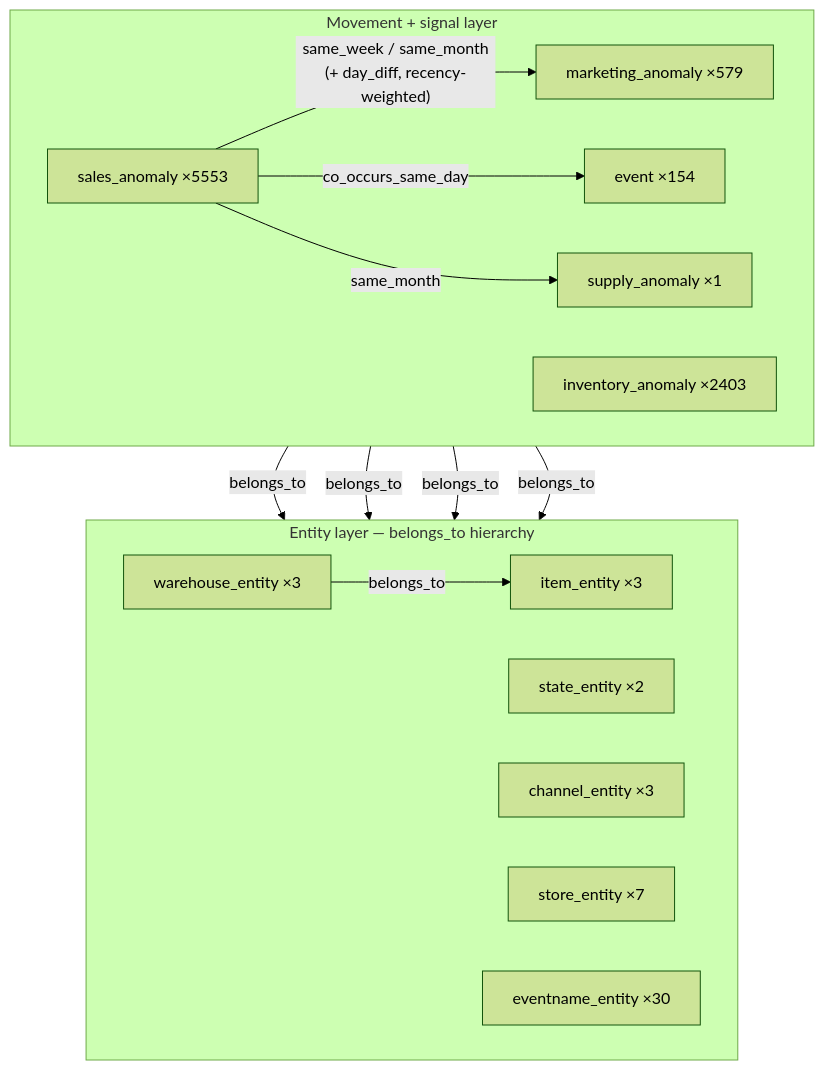
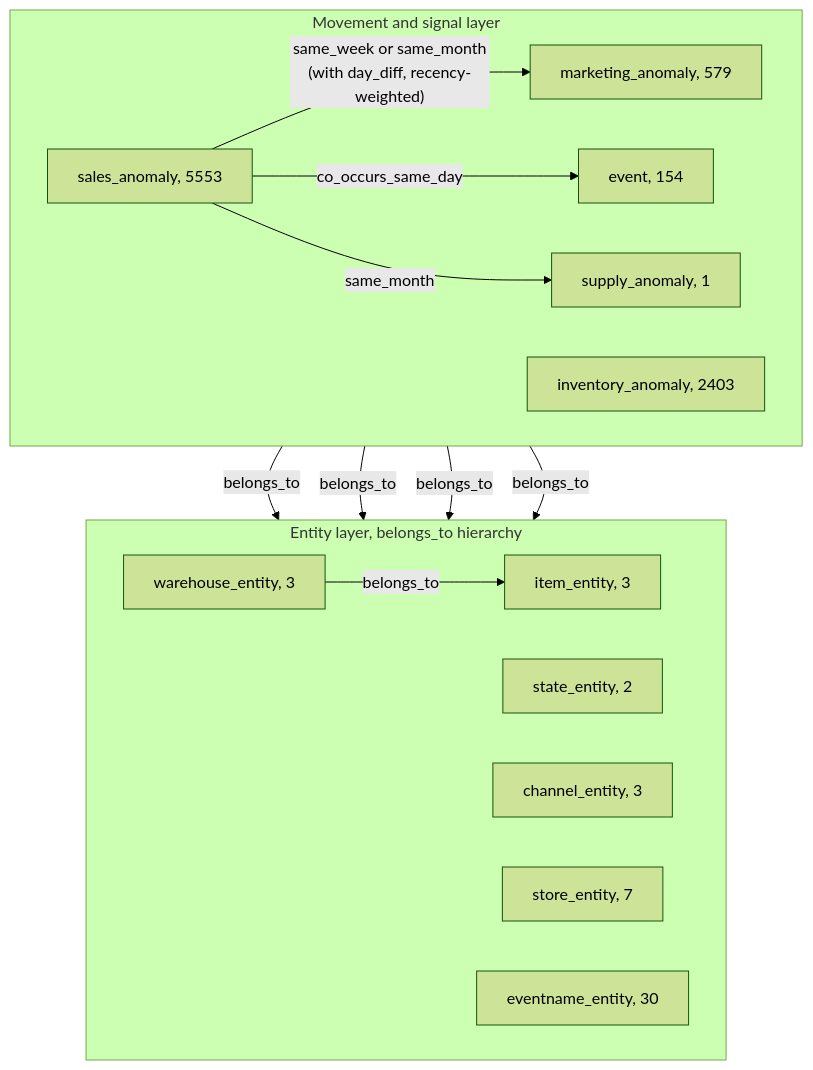
The fourth of 4 diagrams in README.md (kailash-git/Accenture_AI_Hackathon), drawn with Mermaid (forest theme) before and after one commit. The commit also changed other lines of this file, not shown here.

````diff
--- a/README.md
+++ b/README.md
@@ -329,28 +352,28 @@
 ```mermaid
 flowchart TB
-    subgraph ENT["Entity layer — belongs_to hierarchy"]
+    subgraph ENT["Entity layer, belongs_to hierarchy"]
       direction LR
-      IT["item_entity ×3"]
-      STt["state_entity ×2"]
-      WH["warehouse_entity ×3"]
-      CH["channel_entity ×3"]
-      STO["store_entity ×7"]
-      EN["eventname_entity ×30"]
+      IT["item_entity, 3"]
+      STt["state_entity, 2"]
+      WH["warehouse_entity, 3"]
+      CH["channel_entity, 3"]
+      STO["store_entity, 7"]
+      EN["eventname_entity, 30"]
     end
-    subgraph MOV["Movement + signal layer"]
+    subgraph MOV["Movement and signal layer"]
       direction LR
-      SA["sales_anomaly ×5553"]
-      IA["inventory_anomaly ×2403"]
-      MA["marketing_anomaly ×579"]
-      EVT["event ×154"]
-      SUP["supply_anomaly ×1"]
+      SA["sales_anomaly, 5553"]
+      IA["inventory_anomaly, 2403"]
+      MA["marketing_anomaly, 579"]
+      EVT["event, 154"]
+      SUP["supply_anomaly, 1"]
     end
     SA -->|belongs_to| IT
     SA -->|belongs_to| STt
     IA -->|belongs_to| IT
     WH -->|belongs_to| IT
     SUP -->|belongs_to| WH
-    SA -->|"same_week / same_month<br/>(+ day_diff, recency-weighted)"| MA
+    SA -->|"same_week or same_month<br/>(with day_diff, recency-weighted)"| MA
     SA -->|co_occurs_same_day| EVT
     SA -->|same_month| SUP
 ```
````
